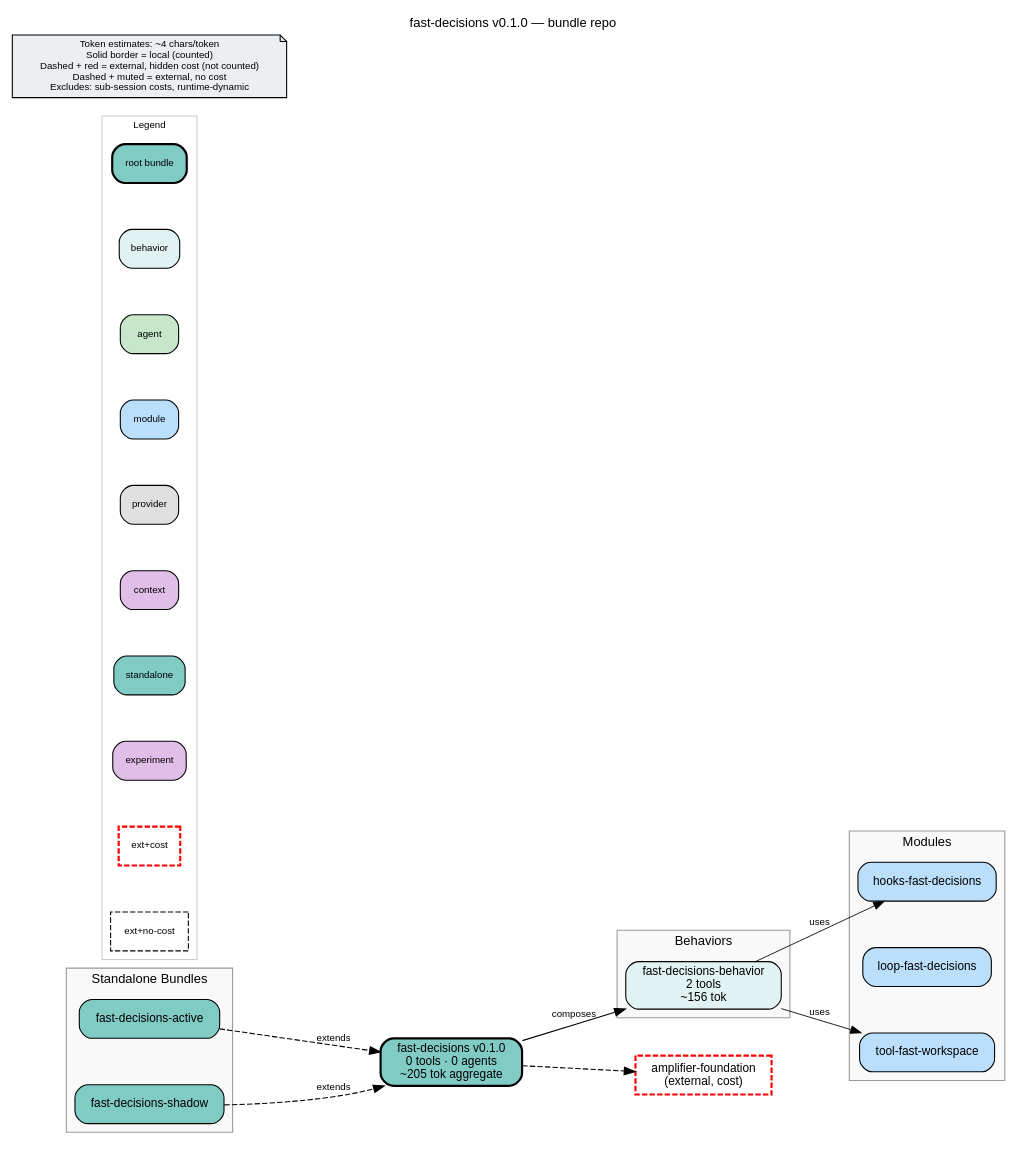
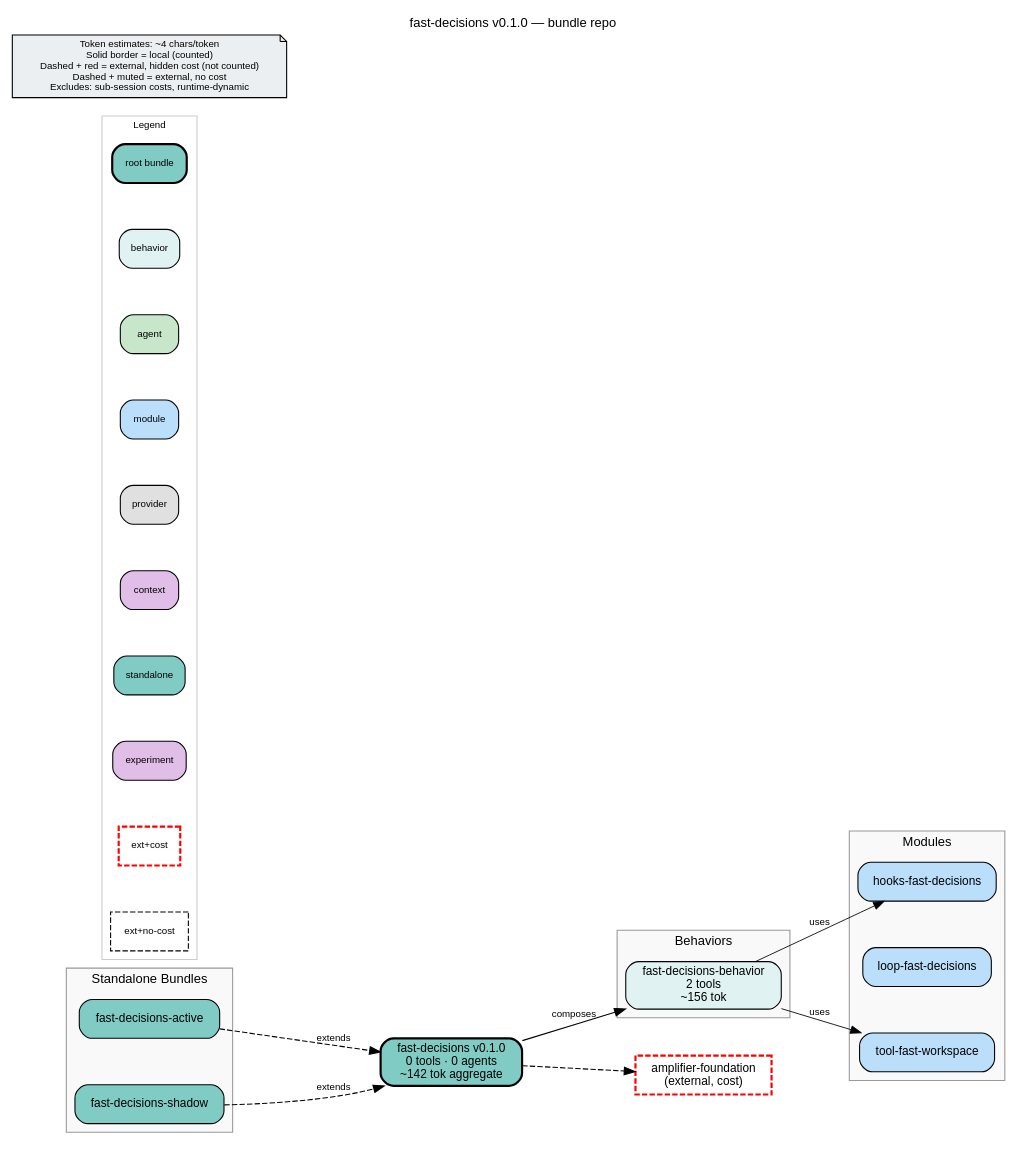
The diagram in bundle.dot (michaeljabbour/amplifier-bundle-fast-decisions), drawn with Graphviz before and after one commit. The commit also changed 3 other files, not shown here.

First line of the commit message:
docs: regenerate bundle diagram; prefer uv pip install in docs

```diff
--- a/bundle.dot
+++ b/bundle.dot
@@ -1,77 +1,77 @@
 digraph fast_decisions {
     rankdir=LR
     fontname="Helvetica"
     fontsize=12
     label="fast-decisions v0.1.0 — bundle repo"
     labelloc=t
     labeljust=c
     nodesep=0.6
     ranksep=0.7
     bgcolor="white"
-    source_hash="0fc128ae02ca443f024921b06badeee23aebfb5c4630c4abccd8dcdd7bcfde1d"
+    source_hash="9d96540b9fa89938074a1d0bd9c7180cdce736687eaff66330c070efa7e20155"
 
     node [fontname="Helvetica", fontsize=11, style="filled,rounded"]
     edge [fontname="Helvetica", fontsize=9]
 
-    root_fast_decisions [label="fast-decisions v0.1.0\n0 tools · 0 agents\n~205 tok aggregate", shape=box, fillcolor="#80cbc4", style="filled,rounded,bold", penwidth=2]
+    root_fast_decisions [label="fast-decisions v0.1.0\n0 tools · 0 agents\n~142 tok aggregate", shape=box, fillcolor="#80cbc4", style="filled,rounded,bold", penwidth=2]
 
     subgraph cluster_behaviors {
         label="Behaviors"
         style="filled"
         fillcolor="#f9f9f9"
         color="#999999"
 
         beh_fast_decisions_behavior [label="fast-decisions-behavior\n2 tools\n~156 tok", shape=box, fillcolor="#e0f2f1", style="filled,rounded"]
     }
 
     subgraph cluster_standalones {
         label="Standalone Bundles"
         style="filled"
         fillcolor="#f9f9f9"
         color="#999999"
 
         sta_fast_decisions_active [label="fast-decisions-active", shape=box, fillcolor="#80cbc4", style="filled,rounded"]
         sta_fast_decisions_shadow [label="fast-decisions-shadow", shape=box, fillcolor="#80cbc4", style="filled,rounded"]
     }
 
     subgraph cluster_modules {
         label="Modules"
         style="filled"
         fillcolor="#f9f9f9"
         color="#999999"
 
         mod_hooks_fast_decisions [label="hooks-fast-decisions", shape=box, fillcolor="#bbdefb", style="filled,rounded"]
         mod_loop_fast_decisions [label="loop-fast-decisions", shape=box, fillcolor="#bbdefb", style="filled,rounded"]
         mod_tool_fast_workspace [label="tool-fast-workspace", shape=box, fillcolor="#bbdefb", style="filled,rounded"]
     }
 
     subgraph cluster_legend {
         label="Legend"
         style="filled"
         fillcolor="white"
         color="#cccccc"
         fontsize=9
 
         leg_root [label="root bundle", shape=box, fillcolor="#80cbc4", style="filled,rounded,bold", fontsize=9]
         leg_behavior [label="behavior", shape=box, fillcolor="#e0f2f1", style="filled,rounded", fontsize=9]
         leg_agent [label="agent", shape=box, fillcolor="#c8e6c9", style="filled,rounded", fontsize=9]
         leg_module [label="module", shape=box, fillcolor="#bbdefb", style="filled,rounded", fontsize=9]
         leg_provider [label="provider", shape=box, fillcolor="#e0e0e0", style="filled,rounded", fontsize=9]
         leg_context [label="context", shape=box, fillcolor="#e1bee7", style="filled,rounded", fontsize=9]
         leg_standalone [label="standalone", shape=box, fillcolor="#80cbc4", style="filled,rounded", fontsize=9]
         leg_experiment [label="experiment", shape=box, fillcolor="#e1bee7", style="filled,rounded", fontsize=9]
         leg_ext_cost [label="ext+cost", shape=box, fillcolor="#80cbc4", style="dashed", color="red", penwidth=2, fontsize=9]
         leg_ext_muted [label="ext+no-cost", shape=box, fillcolor="#f5f5f5", style="dashed", fontsize=9]
     }
 
     disclaimer [label="Token estimates: ~4 chars/token\nSolid border = local (counted)\nDashed + red = external, hidden cost (not counted)\nDashed + muted = external, no cost\nExcludes: sub-session costs, runtime-dynamic", shape=note, fillcolor="#eceff1", style="filled", fontsize=9]
 
     ext_githttps___github_com_microsoft_amplifier_foundation_main [label="amplifier-foundation\n(external, cost)", shape=box, fillcolor="#80cbc4", style="dashed", color="red", penwidth=2]
 
     root_fast_decisions -> ext_githttps___github_com_microsoft_amplifier_foundation_main [style=dashed]
     root_fast_decisions -> beh_fast_decisions_behavior [label="composes"]
     beh_fast_decisions_behavior -> mod_tool_fast_workspace [label="uses", penwidth=0.8]
     beh_fast_decisions_behavior -> mod_hooks_fast_decisions [label="uses", penwidth=0.8]
     sta_fast_decisions_active -> root_fast_decisions [label="extends", style=dashed]
     sta_fast_decisions_shadow -> root_fast_decisions [label="extends", style=dashed]
 }
```
